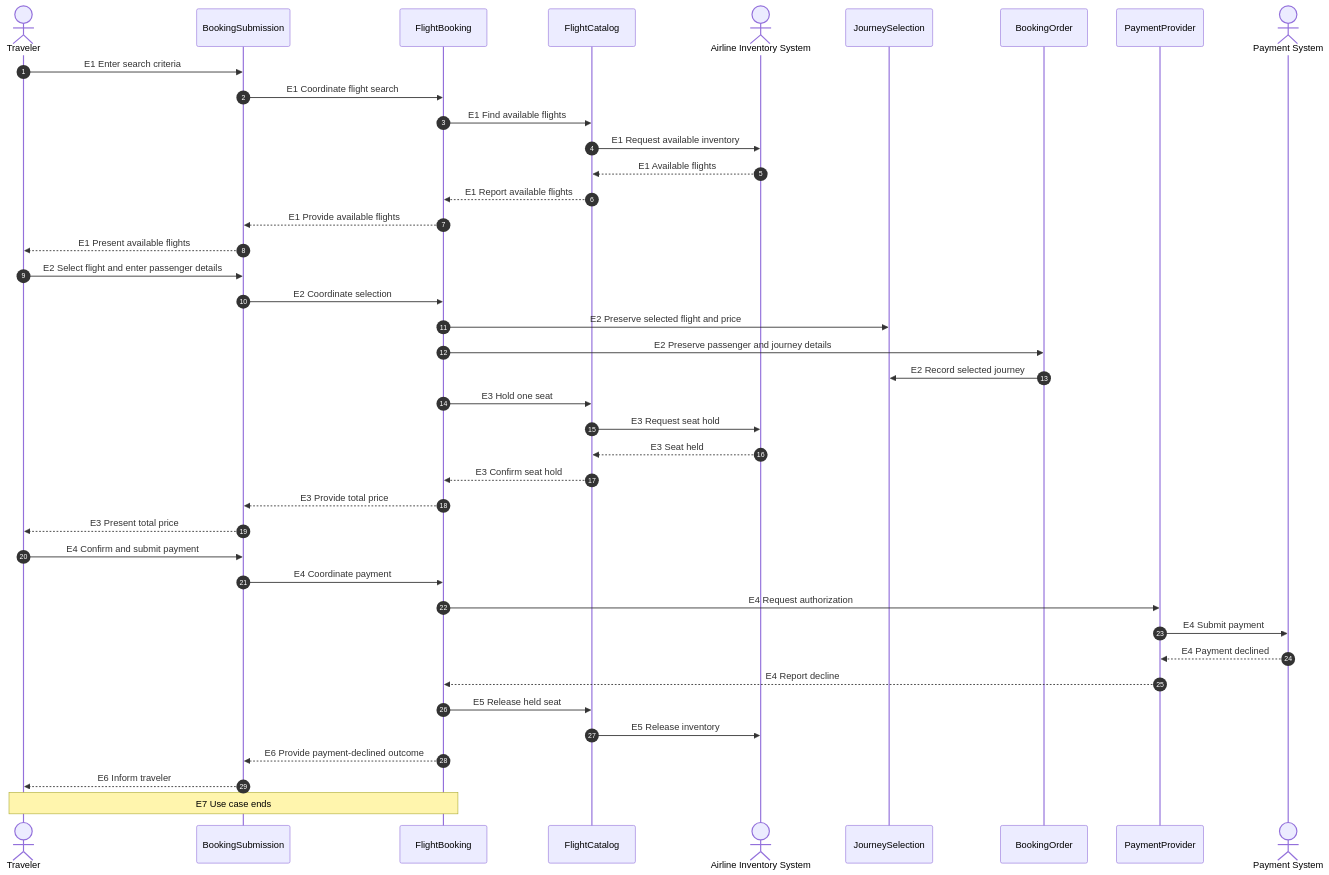
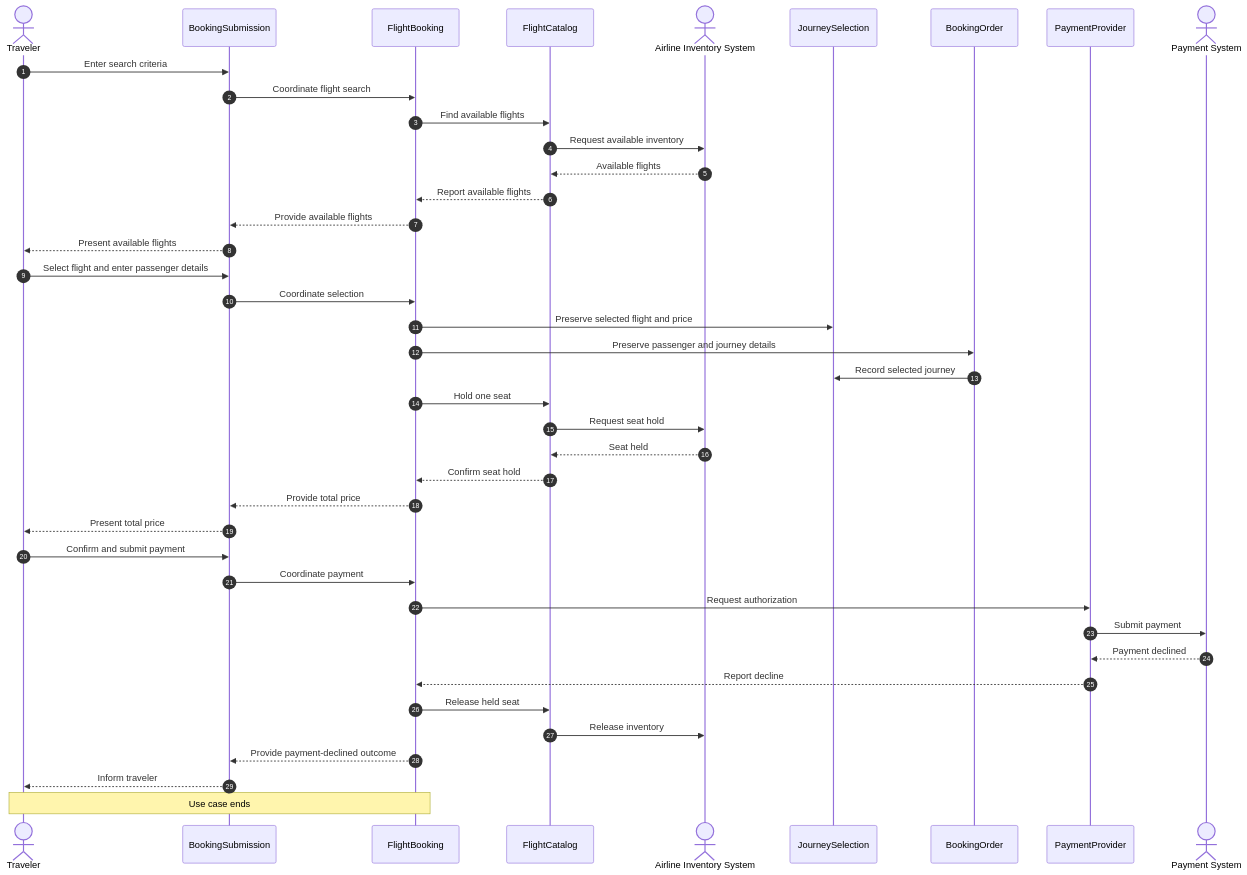
One commit to huang-xiao-jian/bluey changed the fourth of 4 diagrams in skills/oo-design/references/example.md. Above: the diagram before and after it, drawn with Mermaid. The commit also changed other lines of this file and 3 other files, not shown here.

````diff
--- a/skills/oo-design/references/example.md
+++ b/skills/oo-design/references/example.md
@@ -166,44 +172,44 @@
 ```mermaid
 sequenceDiagram
     autonumber
     actor Traveler
     participant Submission as BookingSubmission
     participant Booking as FlightBooking
     participant Catalog as FlightCatalog
     actor Inventory as Airline Inventory System
     participant Journey as JourneySelection
     participant Order as BookingOrder
     participant Payment as PaymentProvider
     actor PaymentSystem as Payment System
 
-    Traveler->>Submission: E1 Enter search criteria
-    Submission->>Booking: E1 Coordinate flight search
-    Booking->>Catalog: E1 Find available flights
-    Catalog->>Inventory: E1 Request available inventory
-    Inventory-->>Catalog: E1 Available flights
-    Catalog-->>Booking: E1 Report available flights
-    Booking-->>Submission: E1 Provide available flights
-    Submission-->>Traveler: E1 Present available flights
-    Traveler->>Submission: E2 Select flight and enter passenger details
-    Submission->>Booking: E2 Coordinate selection
-    Booking->>Journey: E2 Preserve selected flight and price
-    Booking->>Order: E2 Preserve passenger and journey details
-    Order->>Journey: E2 Record selected journey
-    Booking->>Catalog: E3 Hold one seat
-    Catalog->>Inventory: E3 Request seat hold
-    Inventory-->>Catalog: E3 Seat held
-    Catalog-->>Booking: E3 Confirm seat hold
-    Booking-->>Submission: E3 Provide total price
-    Submission-->>Traveler: E3 Present total price
-    Traveler->>Submission: E4 Confirm and submit payment
-    Submission->>Booking: E4 Coordinate payment
-    Booking->>Payment: E4 Request authorization
-    Payment->>PaymentSystem: E4 Submit payment
-    PaymentSystem-->>Payment: E4 Payment declined
-    Payment-->>Booking: E4 Report decline
-    Booking->>Catalog: E5 Release held seat
-    Catalog->>Inventory: E5 Release inventory
-    Booking-->>Submission: E6 Provide payment-declined outcome
-    Submission-->>Traveler: E6 Inform traveler
-    Note over Traveler,Booking: E7 Use case ends
+    Traveler->>Submission: Enter search criteria
+    Submission->>Booking: Coordinate flight search
+    Booking->>Catalog: Find available flights
+    Catalog->>Inventory: Request available inventory
+    Inventory-->>Catalog: Available flights
+    Catalog-->>Booking: Report available flights
+    Booking-->>Submission: Provide available flights
+    Submission-->>Traveler: Present available flights
+    Traveler->>Submission: Select flight and enter passenger details
+    Submission->>Booking: Coordinate selection
+    Booking->>Journey: Preserve selected flight and price
+    Booking->>Order: Preserve passenger and journey details
+    Order->>Journey: Record selected journey
+    Booking->>Catalog: Hold one seat
+    Catalog->>Inventory: Request seat hold
+    Inventory-->>Catalog: Seat held
+    Catalog-->>Booking: Confirm seat hold
+    Booking-->>Submission: Provide total price
+    Submission-->>Traveler: Present total price
+    Traveler->>Submission: Confirm and submit payment
+    Submission->>Booking: Coordinate payment
+    Booking->>Payment: Request authorization
+    Payment->>PaymentSystem: Submit payment
+    PaymentSystem-->>Payment: Payment declined
+    Payment-->>Booking: Report decline
+    Booking->>Catalog: Release held seat
+    Catalog->>Inventory: Release inventory
+    Booking-->>Submission: Provide payment-declined outcome
+    Submission-->>Traveler: Inform traveler
+    Note over Traveler,Booking: Use case ends
 ```
````
